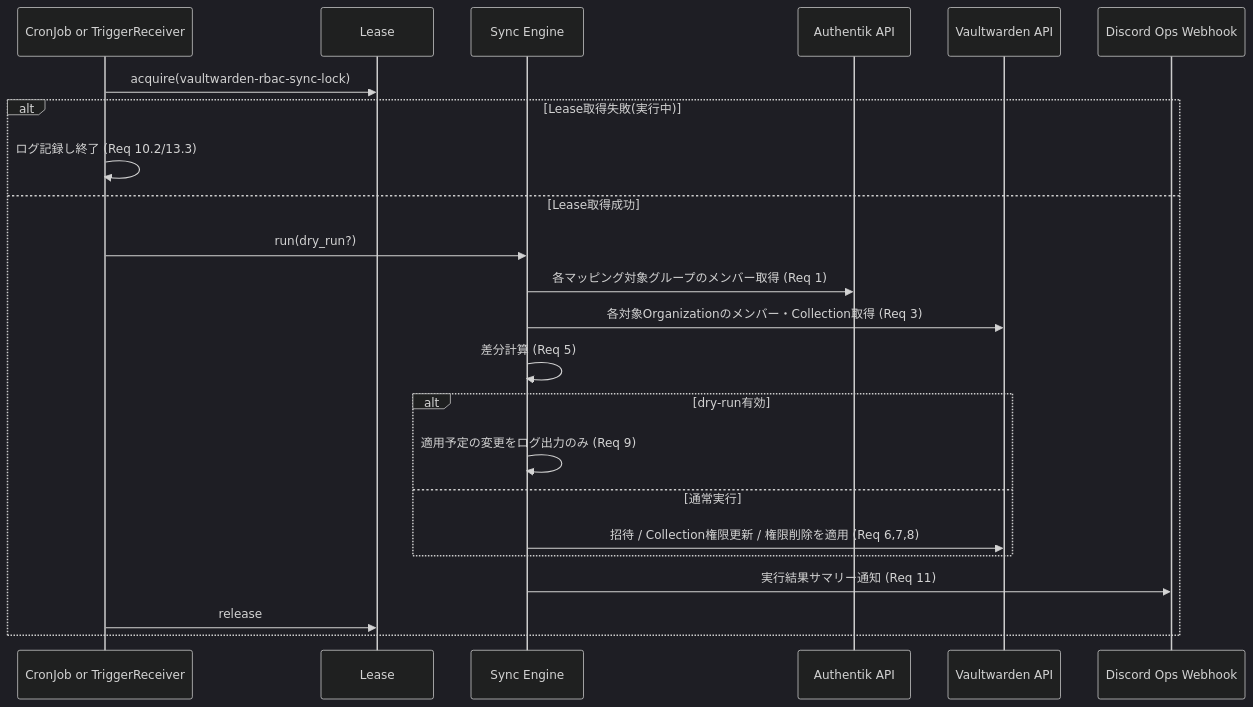
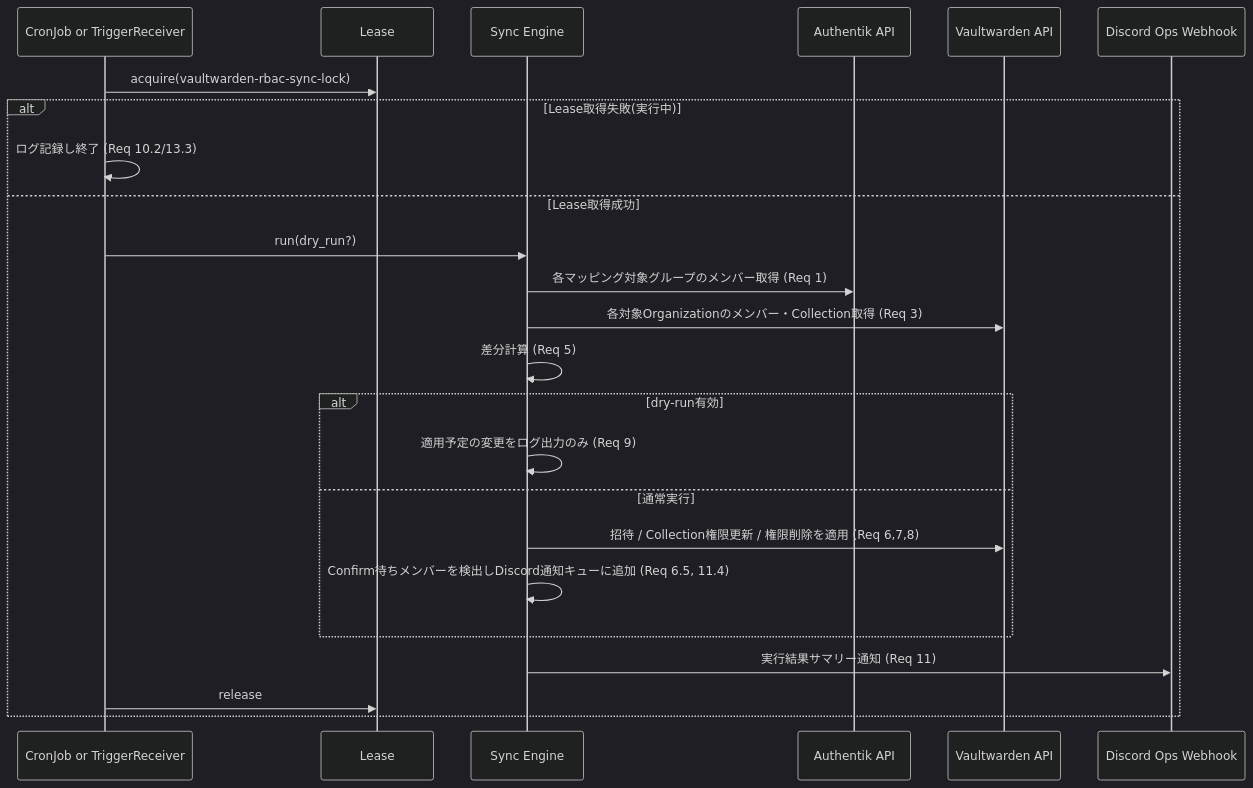
One commit to aramakisai/aramakisai-infra changed the second of 3 diagrams in .kiro/specs/vaultwarden-rbac-sync/design.md. Above: the diagram before and after it, drawn with Mermaid (dark theme). The commit also changed other lines of this file and 3 other files, not shown here.

````diff
--- a/.kiro/specs/vaultwarden-rbac-sync/design.md
+++ b/.kiro/specs/vaultwarden-rbac-sync/design.md
@@ -147,26 +148,27 @@
 ```mermaid
 sequenceDiagram
     participant Trigger as CronJob or TriggerReceiver
     participant Lease as Lease
     participant Sync as Sync Engine
     participant AK as Authentik API
     participant VW as Vaultwarden API
     participant Discord as Discord Ops Webhook
 
     Trigger->>Lease: acquire(vaultwarden-rbac-sync-lock)
     alt Lease取得失敗(実行中)
         Trigger->>Trigger: ログ記録し終了 (Req 10.2/13.3)
     else Lease取得成功
         Trigger->>Sync: run(dry_run?)
         Sync->>AK: 各マッピング対象グループのメンバー取得 (Req 1)
         Sync->>VW: 各対象Organizationのメンバー・Collection取得 (Req 3)
         Sync->>Sync: 差分計算 (Req 5)
         alt dry-run有効
             Sync->>Sync: 適用予定の変更をログ出力のみ (Req 9)
         else 通常実行
             Sync->>VW: 招待 / Collection権限更新 / 権限削除を適用 (Req 6,7,8)
+            Sync->>Sync: Confirm待ちメンバーを検出しDiscord通知キューに追加 (Req 6.5, 11.4)
         end
         Sync->>Discord: 実行結果サマリー通知 (Req 11)
         Trigger->>Lease: release
     end
 ```
````
